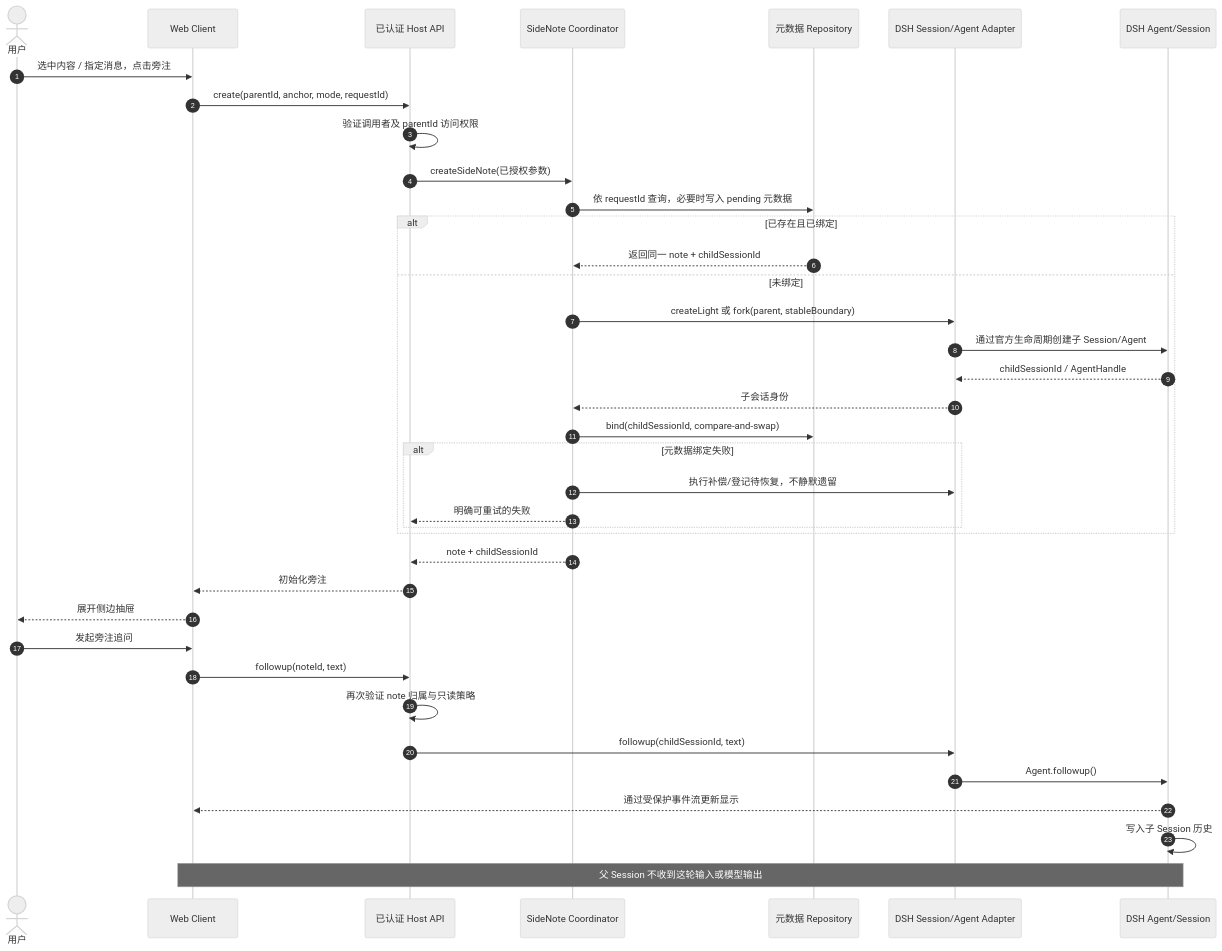
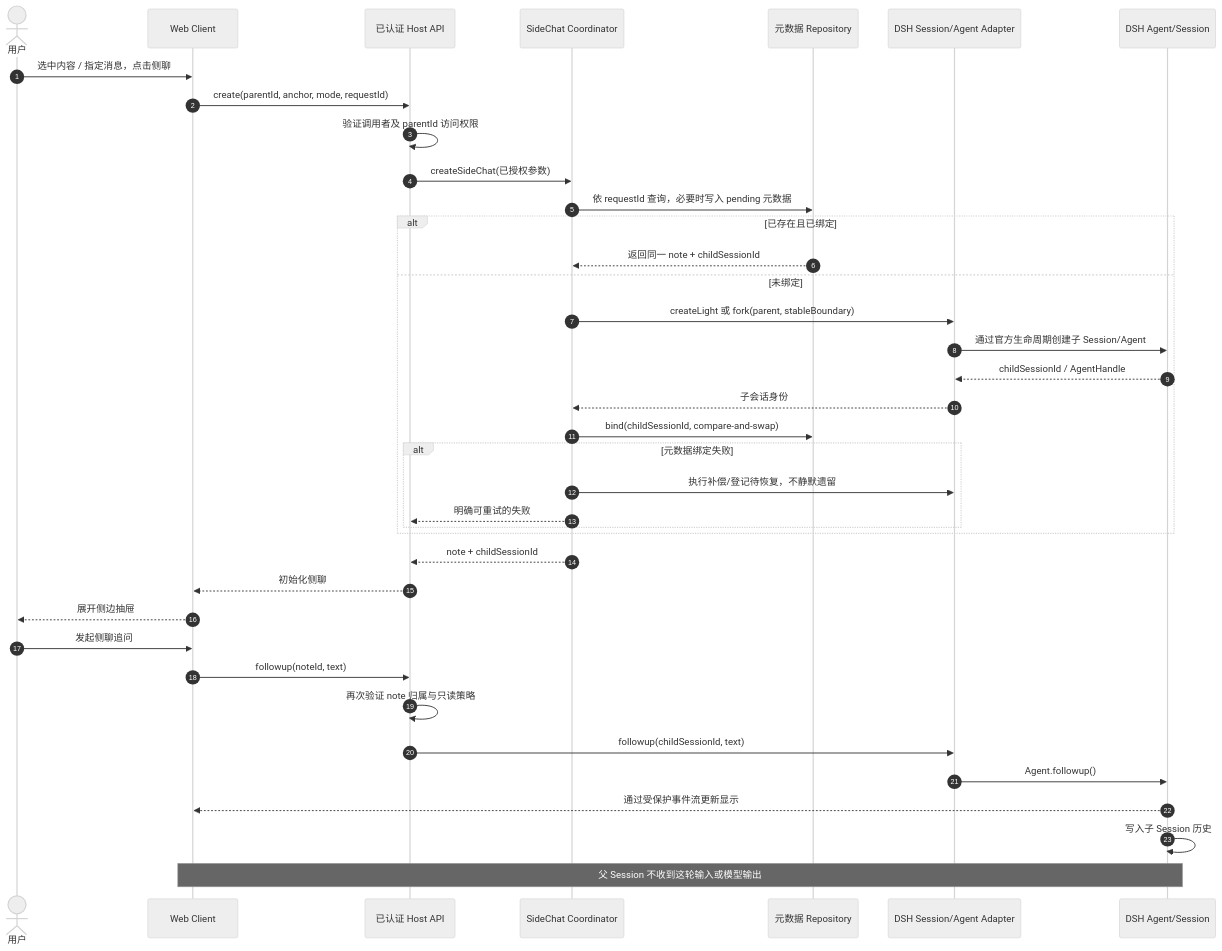
Before and after one commit to NoName4Me/dsh-sidenotes: the second of 4 diagrams in docs/design.md, drawn with Mermaid (neutral theme). The commit also changed other lines of this file and 48 other files, not shown here.

````diff
--- a/docs/design.md
+++ b/docs/design.md
@@ -162,42 +162,42 @@
 ```mermaid
 sequenceDiagram
   autonumber
   actor U as 用户
   participant W as Web Client
   participant G as 已认证 Host API
-  participant C as SideNote Coordinator
+  participant C as SideChat Coordinator
   participant R as 元数据 Repository
   participant S as DSH Session/Agent Adapter
   participant A as DSH Agent/Session
 
-  U->>W: 选中内容 / 指定消息，点击旁注
+  U->>W: 选中内容 / 指定消息，点击侧聊
   W->>G: create(parentId, anchor, mode, requestId)
   G->>G: 验证调用者及 parentId 访问权限
-  G->>C: createSideNote(已授权参数)
+  G->>C: createSideChat(已授权参数)
   C->>R: 依 requestId 查询，必要时写入 pending 元数据
   alt 已存在且已绑定
     R-->>C: 返回同一 note + childSessionId
   else 未绑定
     C->>S: createLight 或 fork(parent, stableBoundary)
     S->>A: 通过官方生命周期创建子 Session/Agent
     A-->>S: childSessionId / AgentHandle
     S-->>C: 子会话身份
     C->>R: bind(childSessionId, compare-and-swap)
     alt 元数据绑定失败
       C->>S: 执行补偿/登记待恢复，不静默遗留
       C-->>G: 明确可重试的失败
     end
   end
   C-->>G: note + childSessionId
-  G-->>W: 初始化旁注
+  G-->>W: 初始化侧聊
   W-->>U: 展开侧边抽屉
 
-  U->>W: 发起旁注追问
+  U->>W: 发起侧聊追问
   W->>G: followup(noteId, text)
   G->>G: 再次验证 note 归属与只读策略
   G->>S: followup(childSessionId, text)
   S->>A: Agent.followup()
   A-->>W: 通过受保护事件流更新显示
   A->>A: 写入子 Session 历史
   Note over A,W: 父 Session 不收到这轮输入或模型输出
 ```
````
